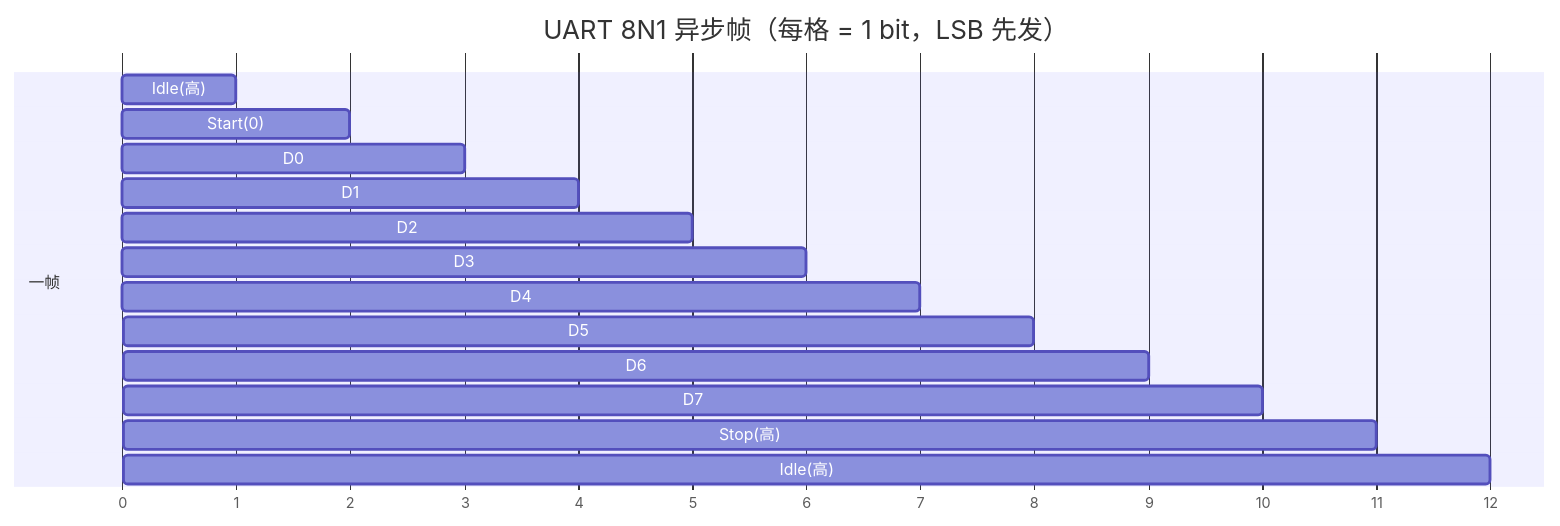
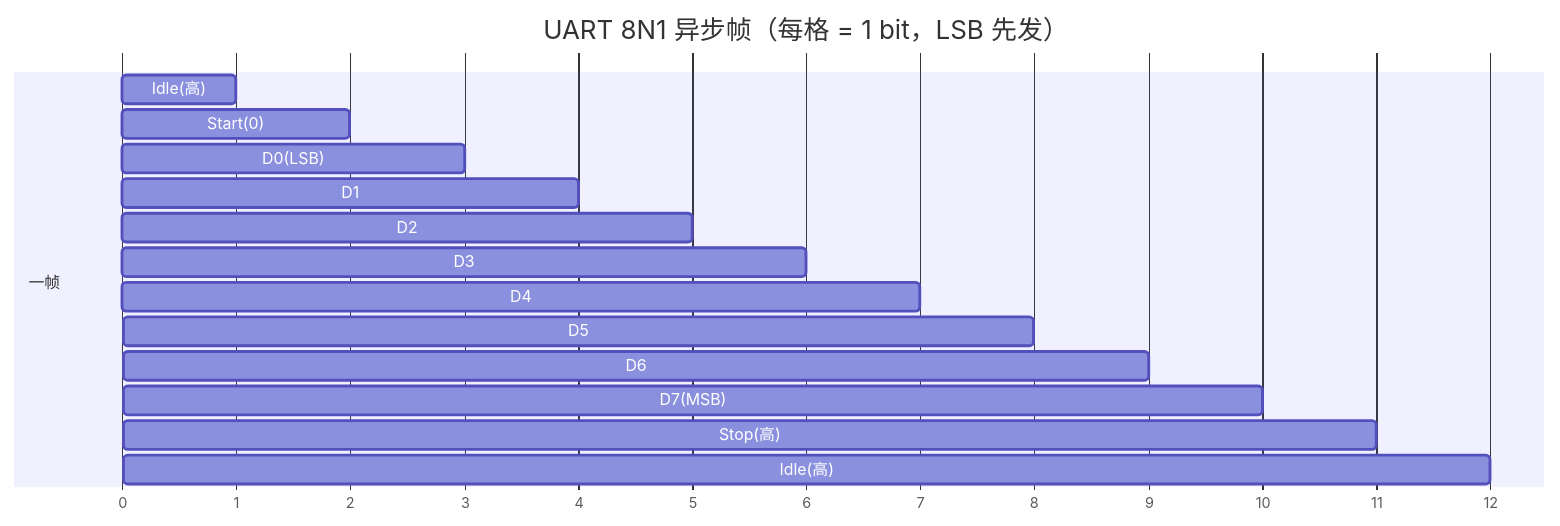
The second of 15 diagrams in articles/p05-uart.md (1208826038/embedded-skill-notes), drawn with Mermaid before and after one commit. The commit also changed other lines of this file, not shown here.

````diff
--- a/articles/p05-uart.md
+++ b/articles/p05-uart.md
@@ -35,19 +86,19 @@
 ```mermaid
 gantt
     title UART 8N1 异步帧（每格 = 1 bit，LSB 先发）
     dateFormat X
     axisFormat %s
     section 一帧
-    Idle(高) : 0, 1
-    Start(0) : 1, 2
-    D0 : 2, 3
-    D1 : 3, 4
-    D2 : 4, 5
-    D3 : 5, 6
-    D4 : 6, 7
-    D5 : 7, 8
-    D6 : 8, 9
-    D7 : 9, 10
-    Stop(高) : 10, 11
-    Idle(高) : 11, 12
+    Idle(高)    : 0, 1
+    Start(0)    : 1, 2
+    D0(LSB)     : 2, 3
+    D1          : 3, 4
+    D2          : 4, 5
+    D3          : 5, 6
+    D4          : 6, 7
+    D5          : 7, 8
+    D6          : 8, 9
+    D7(MSB)     : 9, 10
+    Stop(高)    : 10, 11
+    Idle(高)    : 11, 12
 ```
````
